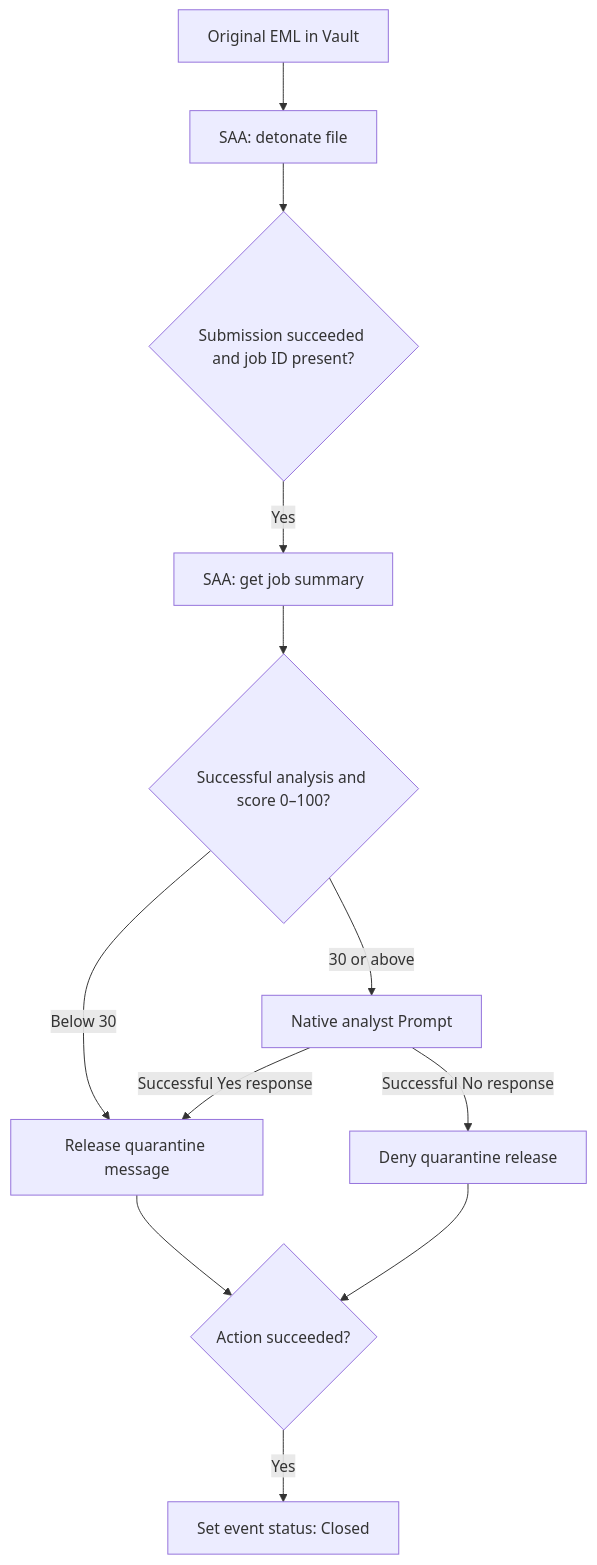
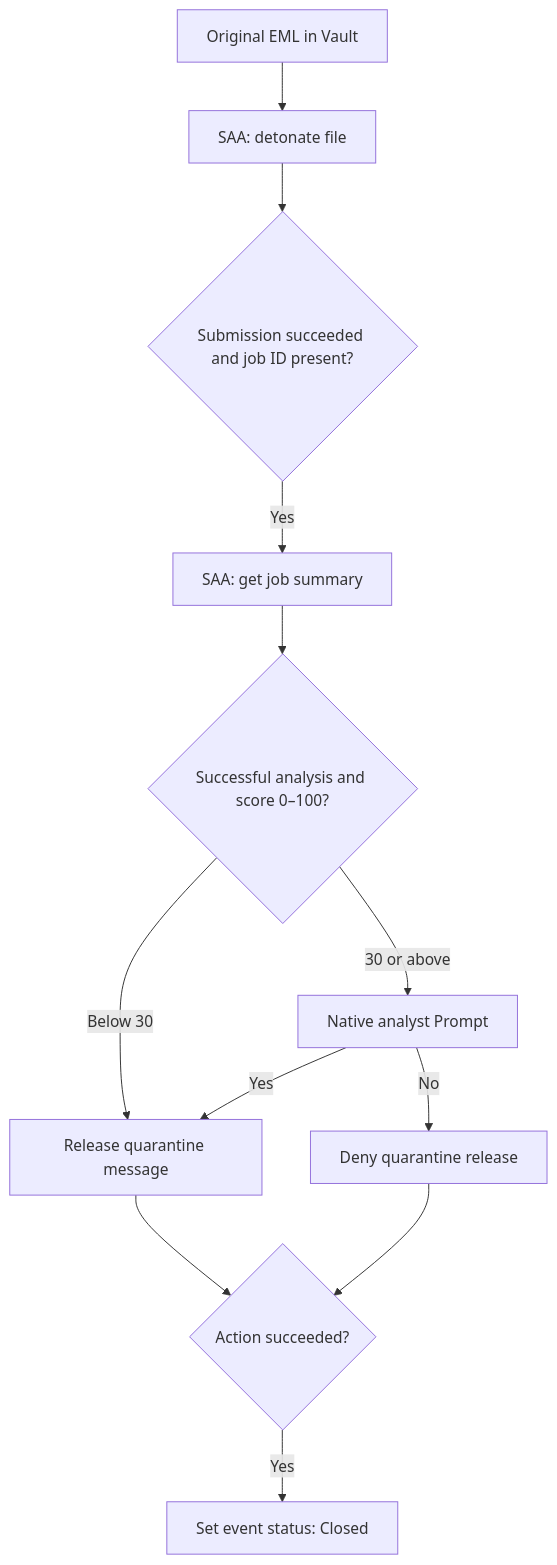
The diagram in examples/MS_Quarantine_SAA_Example/README.md (reisball/ms-defender-quarantine-manager), drawn with Mermaid before and after one commit. The commit also changed other lines of this file and 18 other files, not shown here.

````diff
--- a/examples/MS_Quarantine_SAA_Example/README.md
+++ b/examples/MS_Quarantine_SAA_Example/README.md
@@ -9,14 +9,14 @@
 ```mermaid
 flowchart TD
     A[Original EML in Vault] --> B[SAA: detonate file]
     B --> C{Submission succeeded and job ID present?}
     C -->|Yes| D[SAA: get job summary]
     D --> E{Successful analysis and score 0–100?}
     E -->|Below 30| R[Release quarantine message]
     E -->|30 or above| P[Native analyst Prompt]
-    P -->|Successful Yes response| R
-    P -->|Successful No response| N[Deny quarantine release]
+    P -->|Yes| R
+    P -->|No| N[Deny quarantine release]
     R --> S{Action succeeded?}
     N --> S
     S -->|Yes| F[Set event status: Closed]
 ```
````
